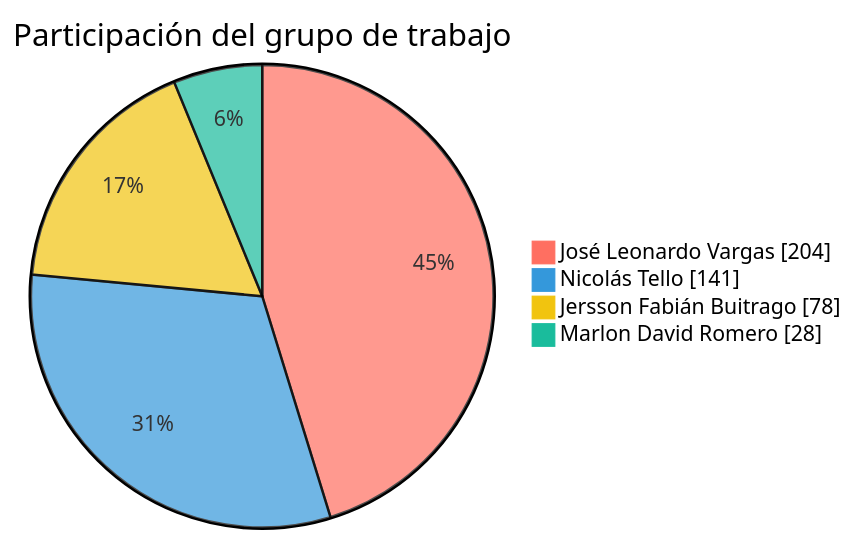
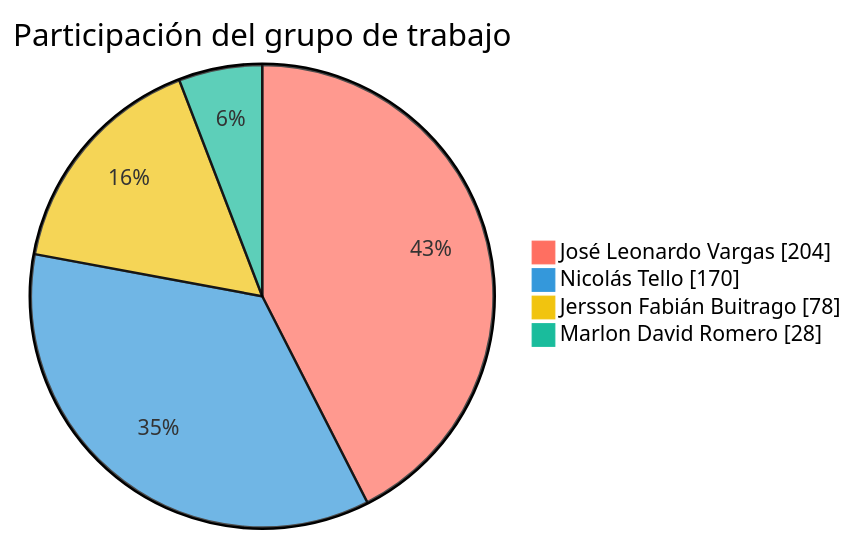
The first of 2 diagrams in README.md (FarmaExpres/FarmaExpres), drawn with Mermaid before and after one commit. The commit also changed other lines of this file and 1 other file, not shown here.

````diff
--- a/README.md
+++ b/README.md
@@ -389,9 +389,9 @@
 ```mermaid
 %%{init: {"themeVariables": {"pie1": "#ff6f61", "pie2": "#3498db", "pie3": "#f1c40f", "pie4": "#1abc9c", "pieLabelColor": "#000000", "pieLabelFontSize": "24px", "pieLabelFontWeight": "700"}}}%%
 pie showData
     title Participación del grupo de trabajo
     "José Leonardo Vargas" : 204
-    "Nicolás Tello" : 141
+    "Nicolás Tello" : 170
     "Jersson Fabián Buitrago" : 78
     "Marlon David Romero" : 28
 ```
````
